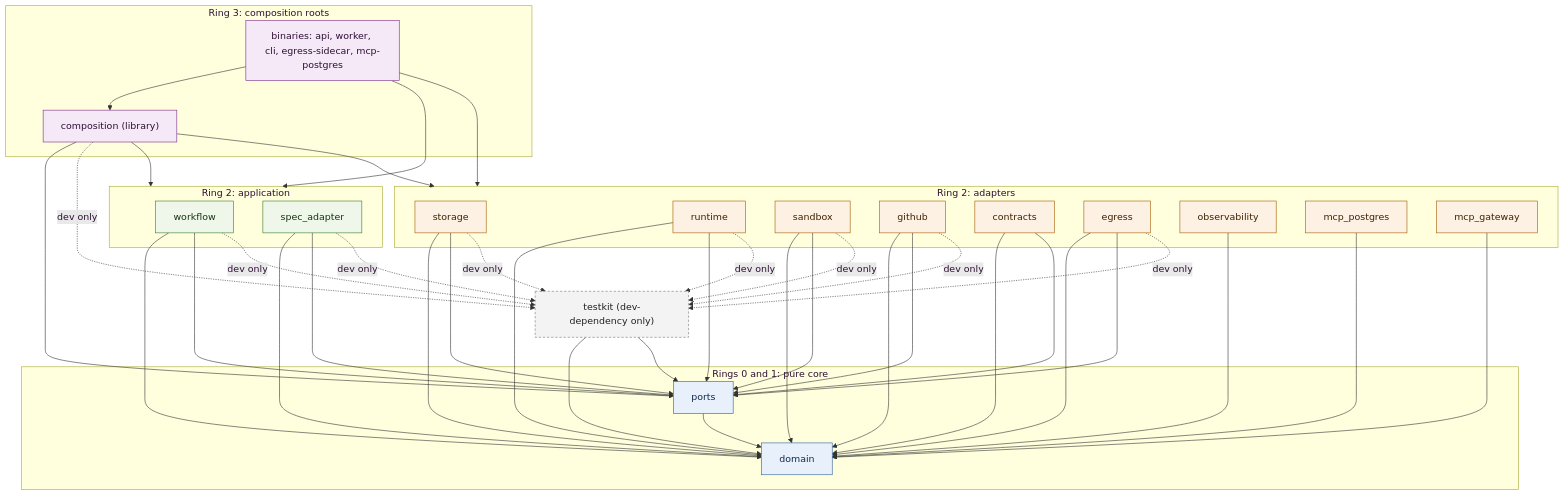
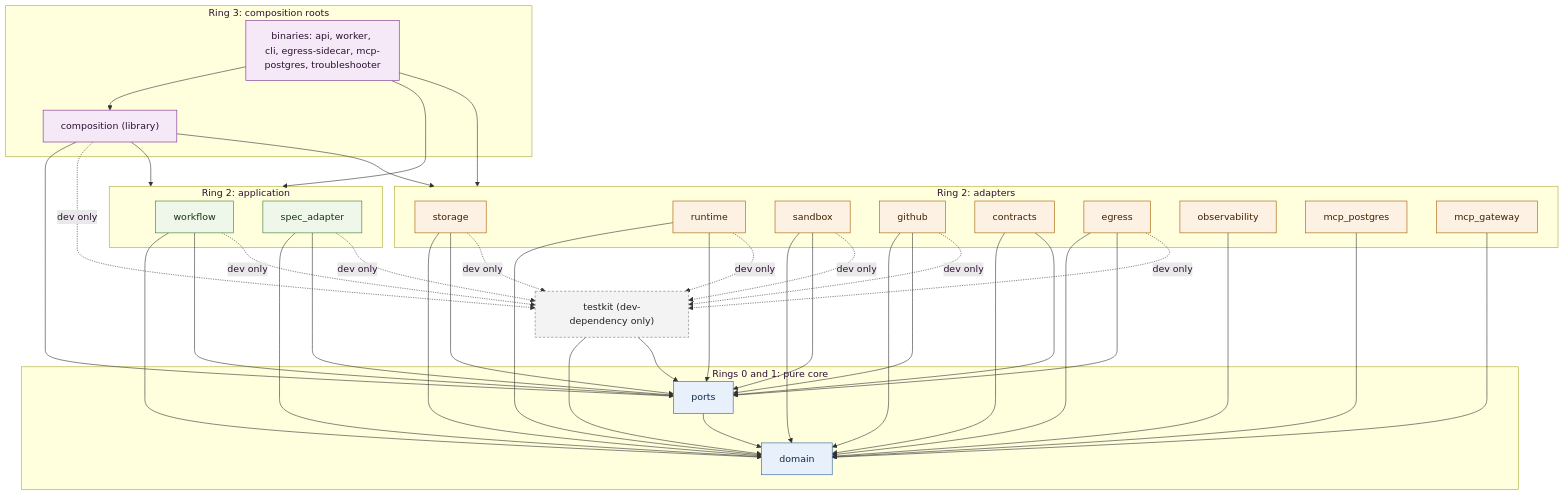
Before and after one commit to ortisun/bibo: the fifth of 6 diagrams in docs/architecture/overview.md, drawn with Mermaid. The commit also changed other lines of this file and 17 other files, not shown here.

```diff
--- a/docs/architecture/overview.md
+++ b/docs/architecture/overview.md
@@ -135,7 +135,7 @@
   classDef test fill:#f3f3f3,stroke:#777,color:#222,stroke-dasharray: 4 3;
   classDef root fill:#f5e9f7,stroke:#7a2a8a,color:#2d0f33;
   subgraph roots["Ring 3: composition roots"]
-    apps["binaries: api, worker, cli, egress-sidecar, mcp-postgres"]
+    apps["binaries: api, worker, cli, egress-sidecar, mcp-postgres, troubleshooter"]
     composition["composition (library)"]
   end
   subgraph application["Ring 2: application"]
```
